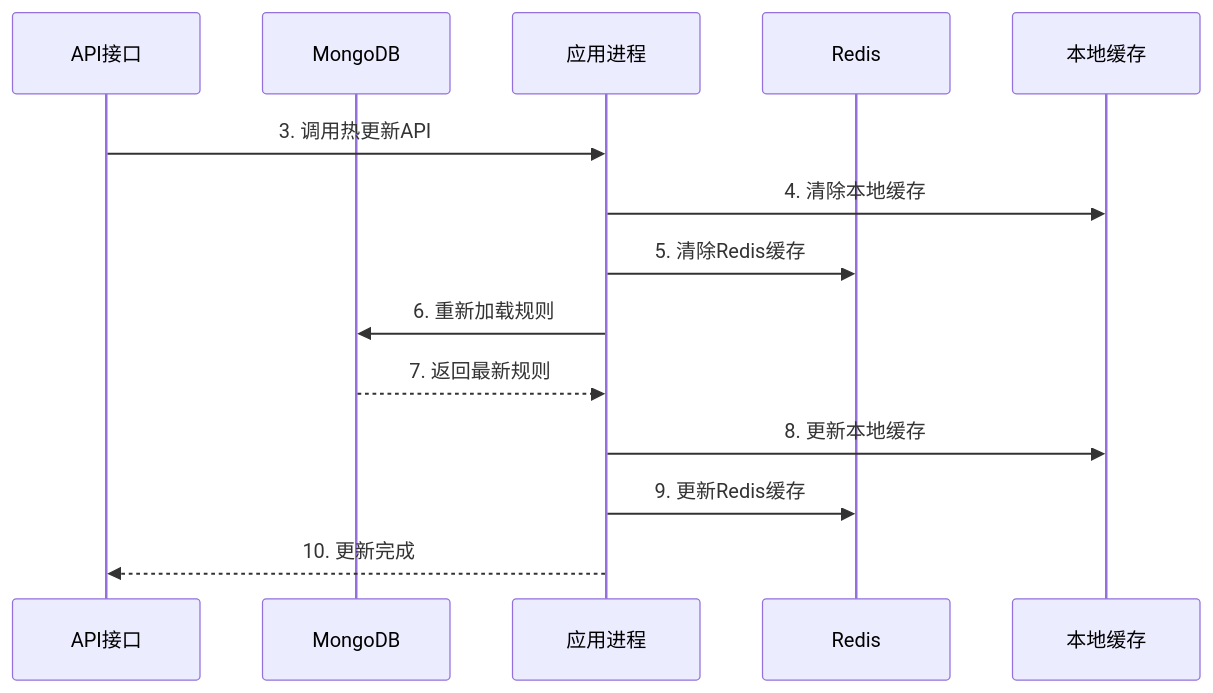
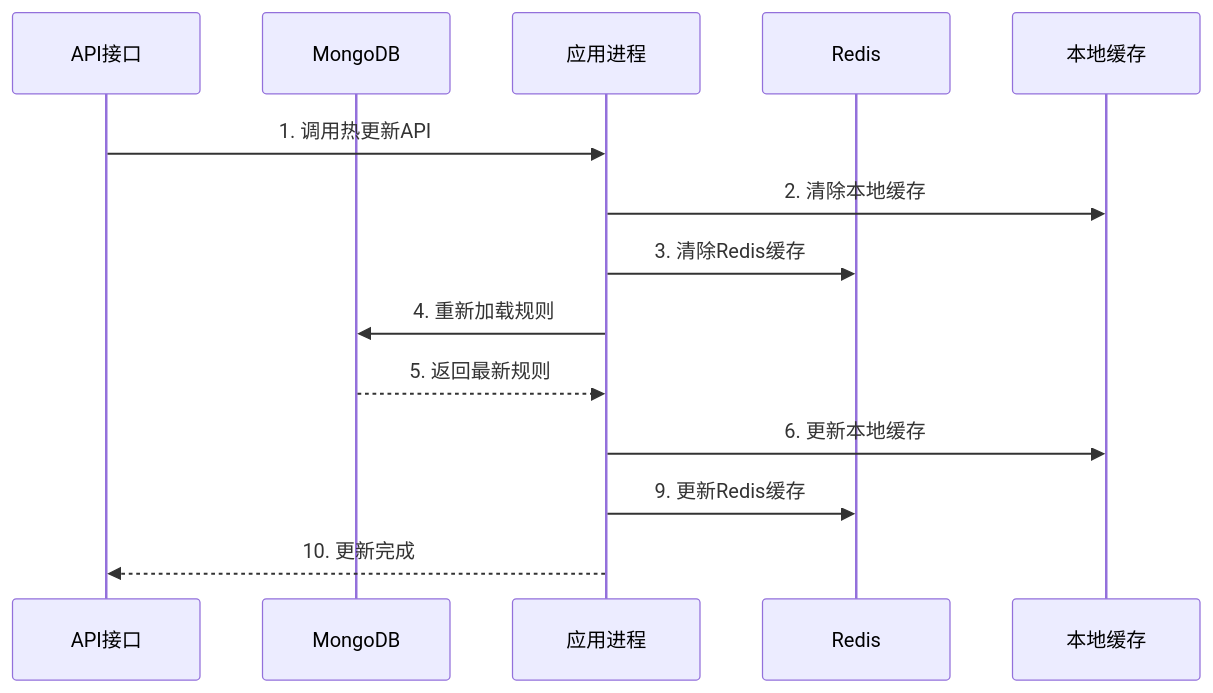
One commit to yingjianzh/iodraw-files changed the diagram in all/未命名-2.md. Above: the diagram before and after it, drawn with Mermaid.

Commit message:
2025-10-13 17:04:05 update

````diff
--- a/all/未命名-2.md
+++ b/all/未命名-2.md
@@ -1,22 +1,22 @@
 ```mermaid
 
 sequenceDiagram
    
     participant API as API接口
     participant Mongo as MongoDB
     participant App as 应用进程
     participant Redis as Redis
     participant Cache as 本地缓存
     
     
-    API->>App: 3. 调用热更新API
-    App->>Cache: 4. 清除本地缓存
-    App->>Redis: 5. 清除Redis缓存
-    App->>Mongo: 6. 重新加载规则
-    Mongo-->>App: 7. 返回最新规则
+    API->>App: 1. 调用热更新API
+    App->>Cache: 2. 清除本地缓存
+    App->>Redis: 3. 清除Redis缓存
+    App->>Mongo: 4. 重新加载规则
+    Mongo-->>App: 5. 返回最新规则
     
-    App->>Cache: 8. 更新本地缓存
+    App->>Cache: 6. 更新本地缓存
     App->>Redis: 9. 更新Redis缓存
     App-->>API: 10. 更新完成
 
 ```
````
